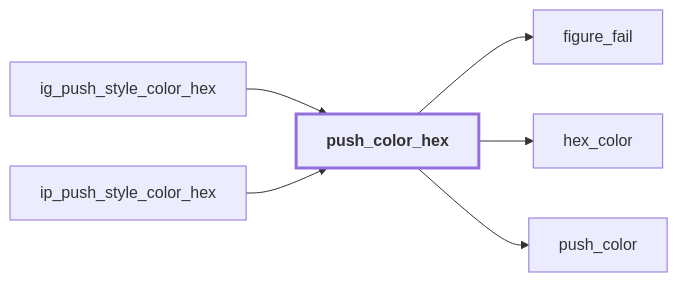
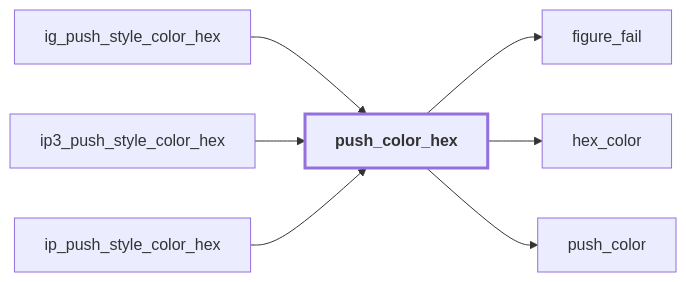
The third of 50 diagrams in docs/api/src/lib/figure_style.md (szaghi/figure), drawn with Mermaid before and after one commit. The commit also changed other lines of this file and 36 other files, not shown here.

````diff
--- a/docs/api/src/lib/figure_style.md
+++ b/docs/api/src/lib/figure_style.md
@@ -212,15 +237,17 @@
 ```mermaid
 flowchart LR
   ig_push_style_color_hex["ig_push_style_color_hex"] --> push_color_hex["push_color_hex"]
+  ip3_push_style_color_hex["ip3_push_style_color_hex"] --> push_color_hex["push_color_hex"]
   ip_push_style_color_hex["ip_push_style_color_hex"] --> push_color_hex["push_color_hex"]
   push_color_hex["push_color_hex"] --> figure_fail["figure_fail"]
   push_color_hex["push_color_hex"] --> hex_color["hex_color"]
   push_color_hex["push_color_hex"] --> push_color["push_color"]
   classDef focus stroke-width:3px,font-weight:bold
   class push_color_hex focus
   click ig_push_style_color_hex href "#ig-push-style-color-hex" "ig_push_style_color_hex"
+  click ip3_push_style_color_hex href "#ip3-push-style-color-hex" "ip3_push_style_color_hex"
   click ip_push_style_color_hex href "#ip-push-style-color-hex" "ip_push_style_color_hex"
   click hex_color href "#hex-color" "hex_color"
   click figure_fail href "figure_base.html#figure-fail" "figure_fail"
   click push_color href "#push-color" "push_color"
 ```
````
